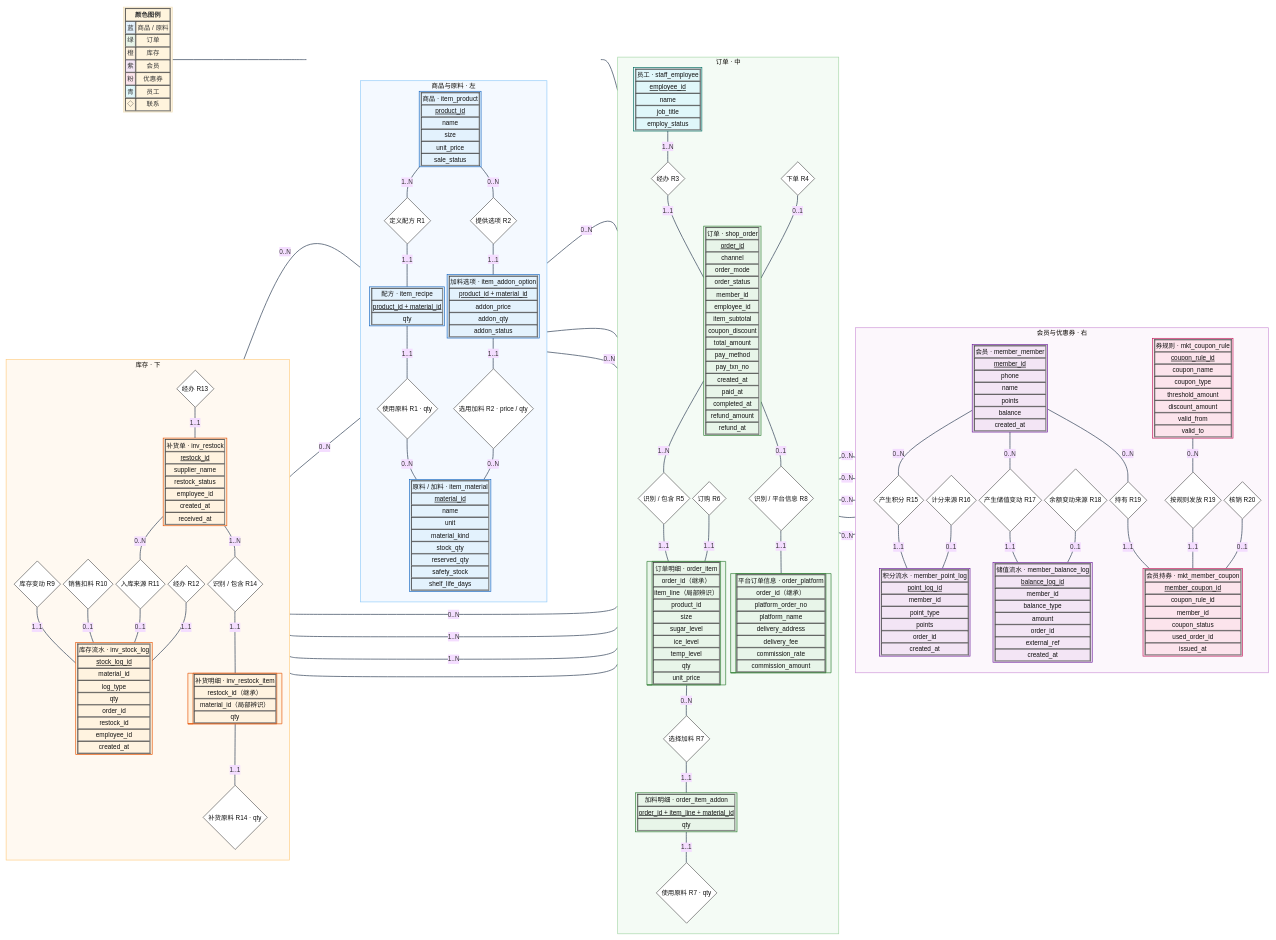
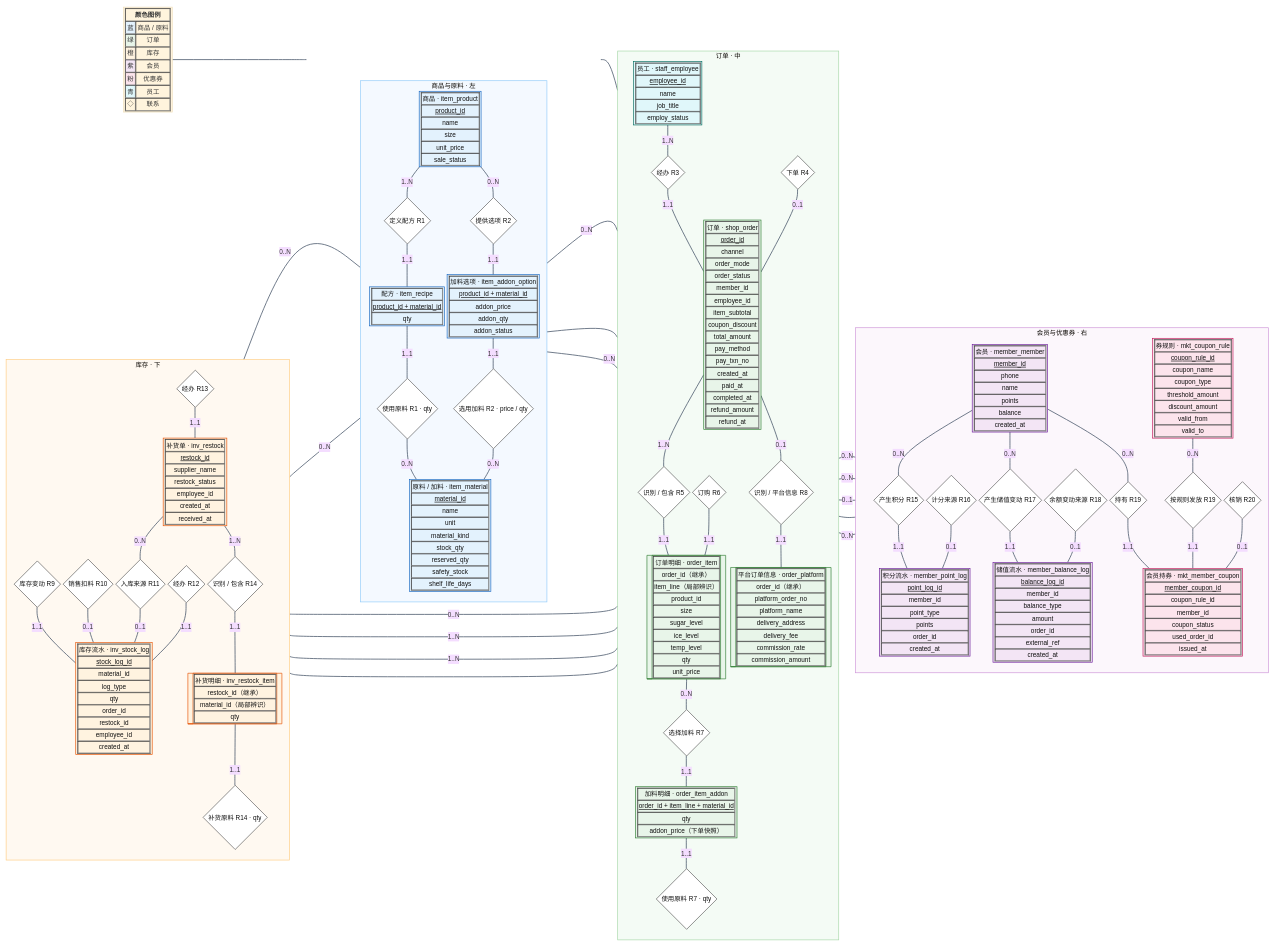
The diagram in docs/07-ER模型/Chen/ER图.md (CHEF-Ch/database-project), drawn with Mermaid before and after one commit. The commit also changed other lines of this file and 23 other files, not shown here.

```diff
--- a/docs/07-ER模型/Chen/ER图.md
+++ b/docs/07-ER模型/Chen/ER图.md
@@ -22,7 +22,7 @@
       E["<table border='1' cellpadding='1' cellspacing='0'><tr><td>员工 · staff_employee</td></tr><tr><td><u>employee_id</u></td></tr><tr><td>name</td></tr><tr><td>job_title</td></tr><tr><td>employ_status</td></tr></table>"]
       O["<table border='1' cellpadding='1' cellspacing='0'><tr><td>订单 · shop_order</td></tr><tr><td><u>order_id</u></td></tr><tr><td>channel</td></tr><tr><td>order_mode</td></tr><tr><td>order_status</td></tr><tr><td>member_id</td></tr><tr><td>employee_id</td></tr><tr><td>item_subtotal</td></tr><tr><td>coupon_discount</td></tr><tr><td>total_amount</td></tr><tr><td>pay_method</td></tr><tr><td>pay_txn_no</td></tr><tr><td>created_at</td></tr><tr><td>paid_at</td></tr><tr><td>completed_at</td></tr><tr><td>refund_amount</td></tr><tr><td>refund_at</td></tr></table>"]
       I[["<table border='1' cellpadding='1' cellspacing='0'><tr><td>订单明细 · order_item</td></tr><tr><td>order_id（继承）</td></tr><tr><td>item_line（局部辨识）</td></tr><tr><td>product_id</td></tr><tr><td>size</td></tr><tr><td>sugar_level</td></tr><tr><td>ice_level</td></tr><tr><td>temp_level</td></tr><tr><td>qty</td></tr><tr><td>unit_price</td></tr></table>"]]
-      IA["<table border='1' cellpadding='1' cellspacing='0'><tr><td>加料明细 · order_item_addon</td></tr><tr><td><u>order_id + item_line + material_id</u></td></tr><tr><td>qty</td></tr></table>"]
+      IA["<table border='1' cellpadding='1' cellspacing='0'><tr><td>加料明细 · order_item_addon</td></tr><tr><td><u>order_id + item_line + material_id</u></td></tr><tr><td>qty</td></tr><tr><td>addon_price（下单快照）</td></tr></table>"]
       OP[["<table border='1' cellpadding='1' cellspacing='0'><tr><td>平台订单信息 · order_platform</td></tr><tr><td>order_id（继承）</td></tr><tr><td>platform_order_no</td></tr><tr><td>platform_name</td></tr><tr><td>delivery_address</td></tr><tr><td>delivery_fee</td></tr><tr><td>commission_rate</td></tr><tr><td>commission_amount</td></tr></table>"]]
       R3{"经办 R3"}
       R4{"下单 R4"}
@@ -111,7 +111,7 @@
     R19a ---|1..1| MC
     CR ---|0..N| R19b
     R19b ---|1..1| MC
-    O ---|0..N| R20
+    O ---|0..1| R20
     R20 ---|0..1| MC
 
     left_domain ~~~ center_domain
```
